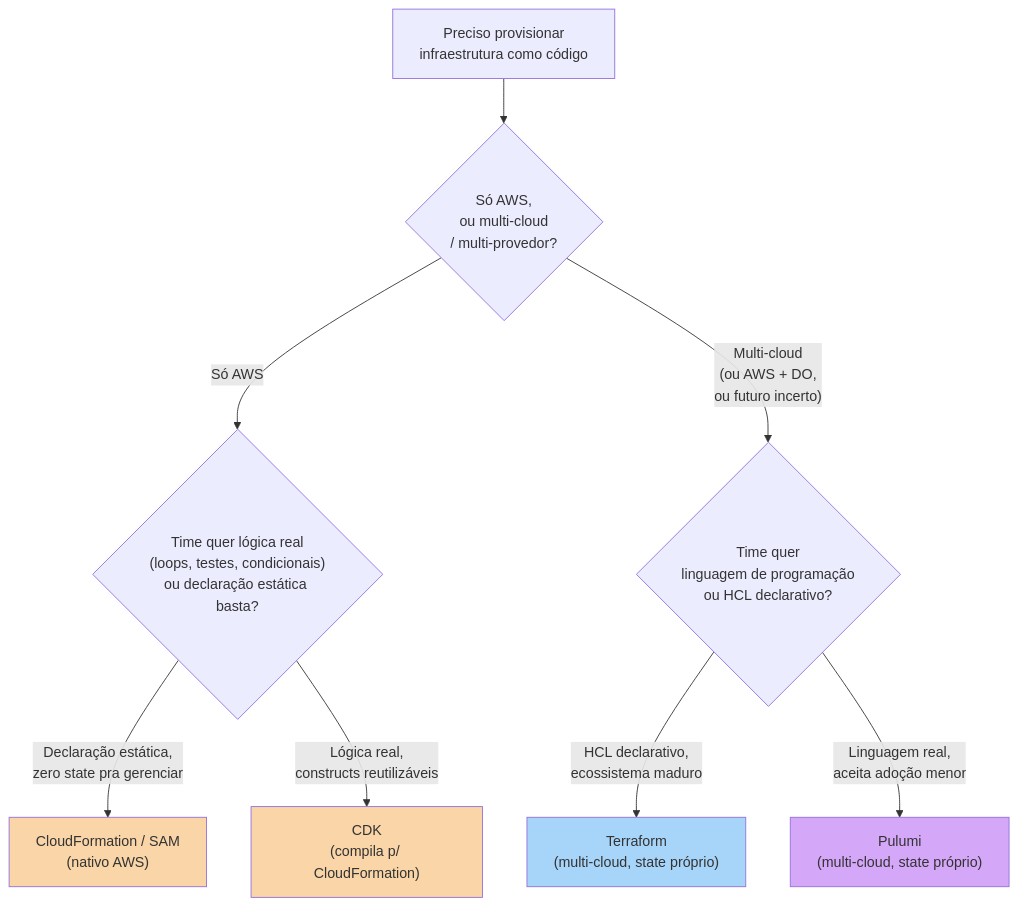
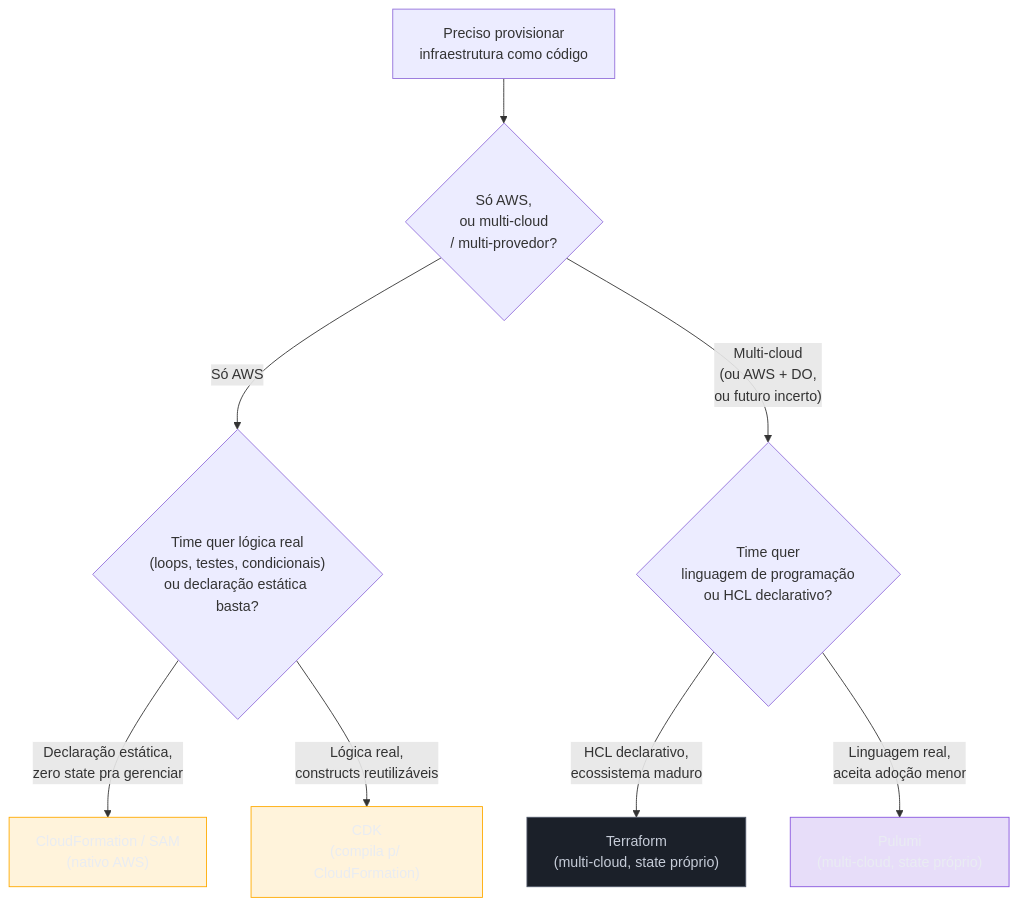
Before and after one commit to josenaldo/codex-technomanticus: the first of 4 diagrams in 03-Dominios/Tecnologia/Cloud/16 - Infrastructure as Code/06 - Escolher e operar IaC (capstone).md, drawn with Mermaid. The commit also changed other lines of this file and 1181 other files, not shown here.

First line of the commit message:
fix(diagramas): paleta do sistema no lugar de cor cravada no markdown

````diff
--- a/03-Dominios/Tecnologia/Cloud/16 - Infrastructure as Code/06 - Escolher e operar IaC (capstone).md
+++ b/03-Dominios/Tecnologia/Cloud/16 - Infrastructure as Code/06 - Escolher e operar IaC (capstone).md
@@ -32,18 +32,21 @@
 ```mermaid
 flowchart TD
+    classDef neutro fill:#1B2029,stroke:#4E5666,color:#C6CCD8
+    classDef destaque fill:#FFAA0024,stroke:#FFAA00,color:#E9ECF2
+    classDef marca fill:#8855DF33,stroke:#8855DF,color:#E9ECF2
     Start["Preciso provisionar\ninfraestrutura como código"] --> Q1{"Só AWS,\nou multi-cloud\n/ multi-provedor?"}
 
     Q1 -->|"Só AWS"| Q2{"Time quer lógica real\n(loops, testes, condicionais)\nou declaração estática basta?"}
     Q1 -->|"Multi-cloud\n(ou AWS + DO,\nou futuro incerto)"| Q3{"Time quer\nlinguagem de programação\nou HCL declarativo?"}
 
     Q2 -->|"Declaração estática,\nzero state pra gerenciar"| CFN["CloudFormation / SAM\n(nativo AWS)"]
     Q2 -->|"Lógica real,\nconstructs reutilizáveis"| CDK["CDK\n(compila p/ CloudFormation)"]
 
     Q3 -->|"HCL declarativo,\necossistema maduro"| TF["Terraform\n(multi-cloud, state próprio)"]
     Q3 -->|"Linguagem real,\naceita adoção menor"| Pulumi["Pulumi\n(multi-cloud, state próprio)"]
 
-    style TF fill:#a7d5f9
-    style CFN fill:#f9d5a7
-    style CDK fill:#f9d5a7
-    style Pulumi fill:#d5a7f9
+    class TF neutro
+    class CFN destaque
+    class CDK destaque
+    class Pulumi marca
 ```
````
